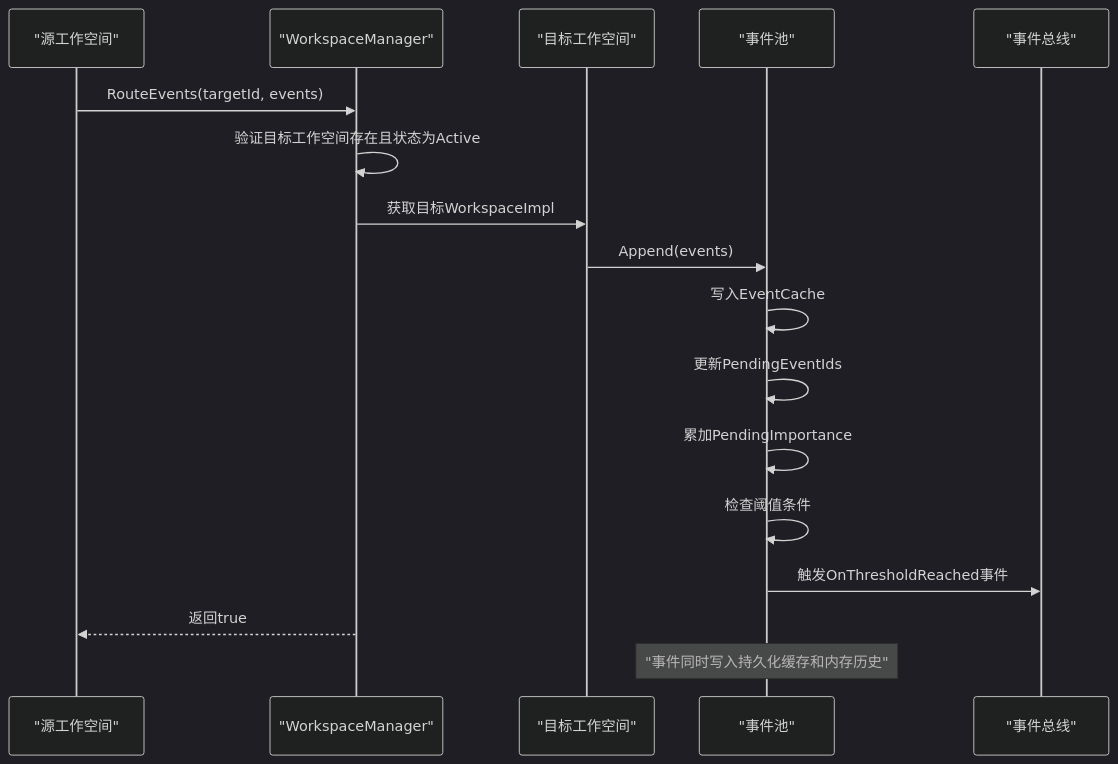
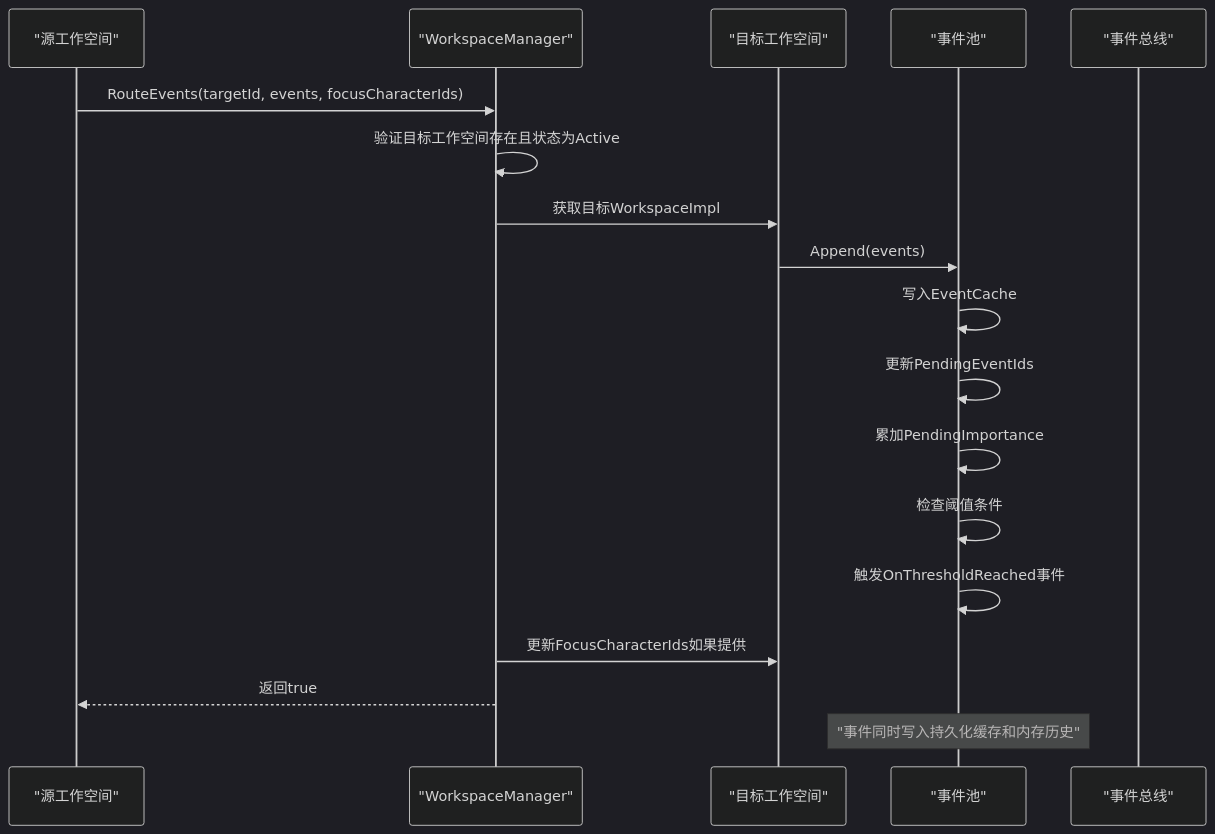
The seventh of 11 diagrams in .qoder/repowiki/zh/content/工作空间管理系统/工作空间生命周期管理.md (suzvka/NPCLife), drawn with Mermaid (dark theme) before and after one commit. The commit also changed other lines of this file and 25 other files, not shown here.

````diff
--- a/.qoder/repowiki/zh/content/工作空间管理系统/工作空间生命周期管理.md
+++ b/.qoder/repowiki/zh/content/工作空间管理系统/工作空间生命周期管理.md
@@ -249,19 +265,20 @@
 ```mermaid
 sequenceDiagram
 participant Source as "源工作空间"
 participant Manager as "WorkspaceManager"
 participant Target as "目标工作空间"
 participant EventPool as "事件池"
 participant EventBus as "事件总线"
-Source->>Manager : RouteEvents(targetId, events)
+Source->>Manager : RouteEvents(targetId, events, focusCharacterIds)
 Manager->>Manager : 验证目标工作空间存在且状态为Active
 Manager->>Target : 获取目标WorkspaceImpl
 Target->>EventPool : Append(events)
 EventPool->>EventPool : 写入EventCache
 EventPool->>EventPool : 更新PendingEventIds
 EventPool->>EventPool : 累加PendingImportance
 EventPool->>EventPool : 检查阈值条件
-EventPool->>EventBus : 触发OnThresholdReached事件
+EventPool->>EventPool : 触发OnThresholdReached事件
+Manager->>Target : 更新FocusCharacterIds如果提供
 Manager-->>Source : 返回true
 Note over EventPool : "事件同时写入持久化缓存和内存历史"
 ```
````
